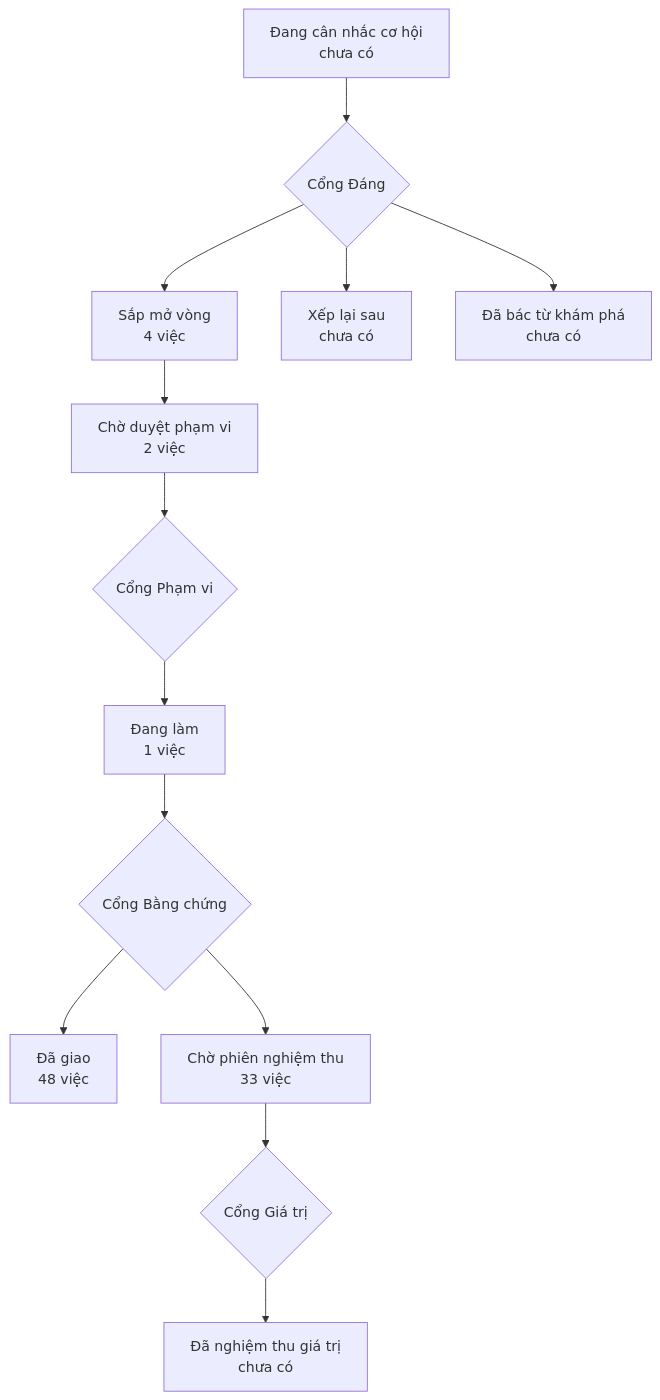
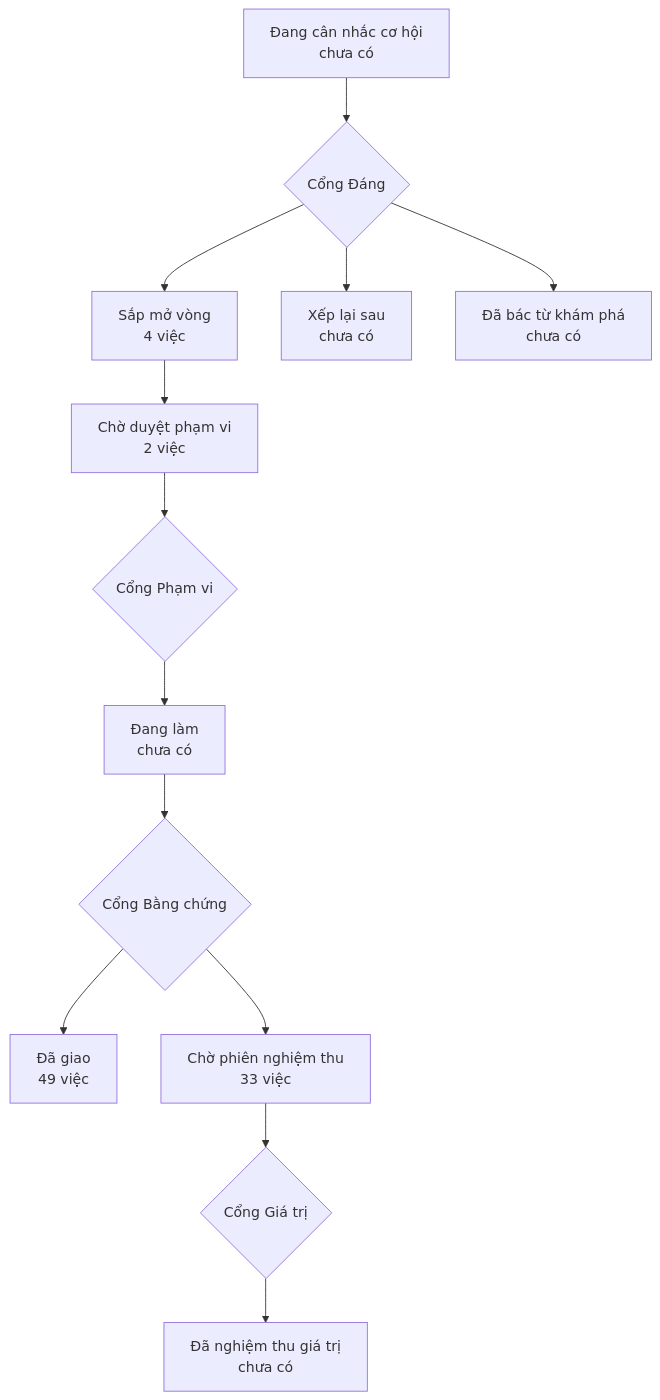
One commit to phanlemanh/onehub-invest changed the diagram in PRODUCT-MAP.md. Above: the diagram before and after it, drawn with Mermaid. The commit also changed other lines of this file and 4 other files, not shown here.

````diff
--- a/PRODUCT-MAP.md
+++ b/PRODUCT-MAP.md
@@ -7,12 +7,12 @@
 ```mermaid
 flowchart TD
   A["Đang cân nhắc cơ hội<br/>chưa có"] --> GD{"Cổng Đáng"}
   GD --> B["Sắp mở vòng<br/>4 việc"]
   GD --> XL["Xếp lại sau<br/>chưa có"]
   GD --> DB["Đã bác từ khám phá<br/>chưa có"]
   B --> CD["Chờ duyệt phạm vi<br/>2 việc"] --> GP{"Cổng Phạm vi"}
-  GP --> DL["Đang làm<br/>1 việc"] --> GB{"Cổng Bằng chứng"}
-  GB --> DG["Đã giao<br/>48 việc"]
+  GP --> DL["Đang làm<br/>chưa có"] --> GB{"Cổng Bằng chứng"}
+  GB --> DG["Đã giao<br/>49 việc"]
   GB --> CN["Chờ phiên nghiệm thu<br/>33 việc"] --> GG{"Cổng Giá trị"}
   GG --> NT["Đã nghiệm thu giá trị<br/>chưa có"]
 ```
````
